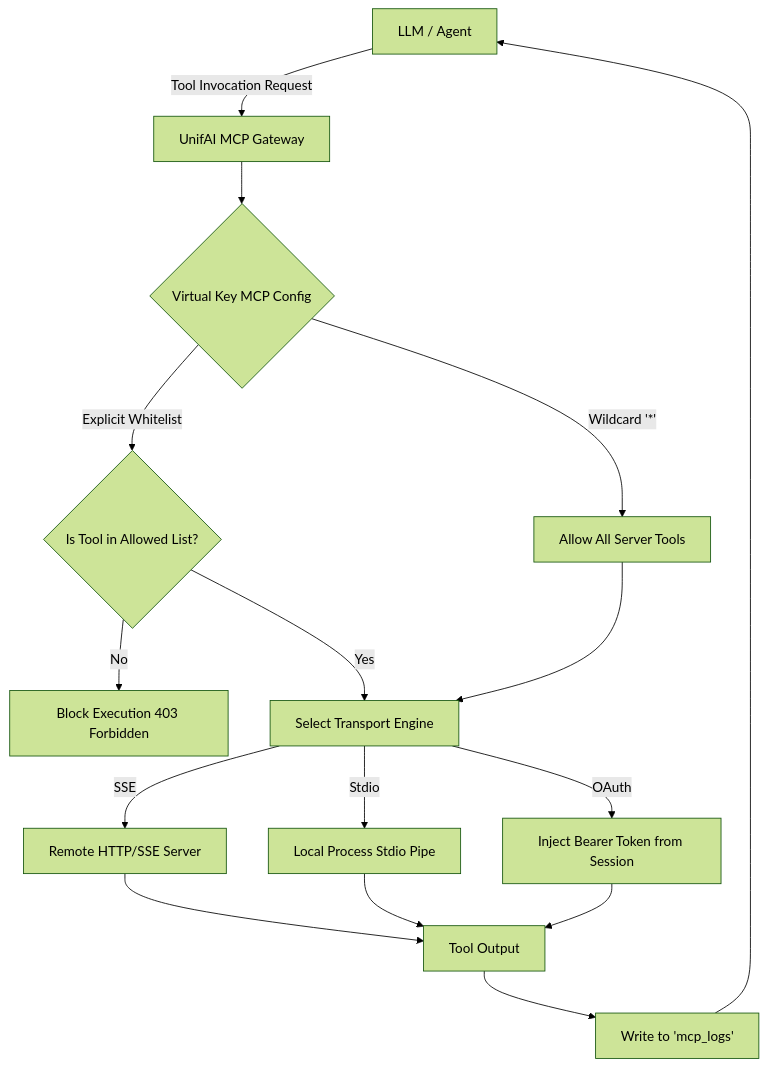
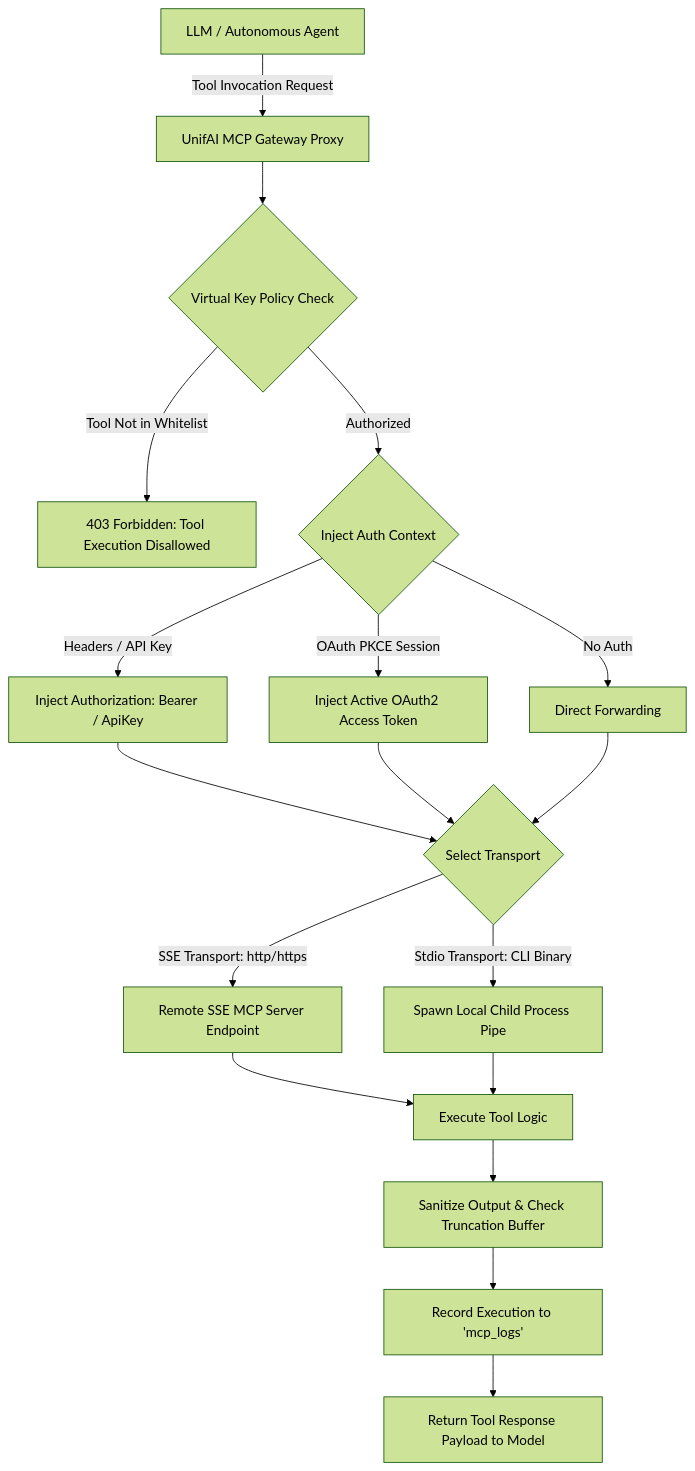
The first of 3 diagrams in MCP_Gateway.md (THIRUPUGAL-2003/unifai_product), drawn with Mermaid (forest theme) before and after one commit. The commit also changed other lines of this file and 8 other files, not shown here.

````diff
--- a/MCP_Gateway.md
+++ b/MCP_Gateway.md
@@ -11,18 +41,20 @@
 ```mermaid
 flowchart TD
-    LLM[LLM / Agent] -->|Tool Invocation Request| Gateway[UnifAI MCP Gateway]
-    Gateway --> VKCheck{Virtual Key MCP Config}
-    VKCheck -->|Wildcard '*'| AllowAllTools[Allow All Server Tools]
-    VKCheck -->|Explicit Whitelist| WhitelistCheck{Is Tool in Allowed List?}
-    WhitelistCheck -->|No| BlockTool[Block Execution 403 Forbidden]
-    WhitelistCheck -->|Yes| RouteTransport[Select Transport Engine]
-    AllowAllTools --> RouteTransport
-    RouteTransport -->|SSE| SSERuntime[Remote HTTP/SSE Server]
-    RouteTransport -->|Stdio| StdioRuntime[Local Process Stdio Pipe]
-    RouteTransport -->|OAuth| OAuthSession[Inject Bearer Token from Session]
-    SSERuntime --> ToolResult[Tool Output]
-    StdioRuntime --> ToolResult
-    OAuthSession --> ToolResult
-    ToolResult --> LogRecord[Write to 'mcp_logs']
-    LogRecord --> LLM
+    LLM[LLM / Autonomous Agent] -->|Tool Invocation Request| GatewayProxy[UnifAI MCP Gateway Proxy]
+    GatewayProxy --> VKAuth{Virtual Key Policy Check}
+    VKAuth -->|Tool Not in Whitelist| Block403[403 Forbidden: Tool Execution Disallowed]
+    VKAuth -->|Authorized| AuthInjector{Inject Auth Context}
+    AuthInjector -->|Headers / API Key| InjectHeader[Inject Authorization: Bearer / ApiKey]
+    AuthInjector -->|OAuth PKCE Session| InjectOAuth[Inject Active OAuth2 Access Token]
+    AuthInjector -->|No Auth| DirectForward[Direct Forwarding]
+    InjectHeader --> SelectTransport{Select Transport}
+    InjectOAuth --> SelectTransport
+    DirectForward --> SelectTransport
+    SelectTransport -->|SSE Transport: http/https| RemoteServer[Remote SSE MCP Server Endpoint]
+    SelectTransport -->|Stdio Transport: CLI Binary| LocalProcess[Spawn Local Child Process Pipe]
+    RemoteServer --> ToolExecution[Execute Tool Logic]
+    LocalProcess --> ToolExecution
+    ToolExecution --> Sanitize[Sanitize Output & Check Truncation Buffer]
+    Sanitize --> WriteAudit[Record Execution to 'mcp_logs']
+    WriteAudit --> ReturnResponse[Return Tool Response Payload to Model]
 ```
````
